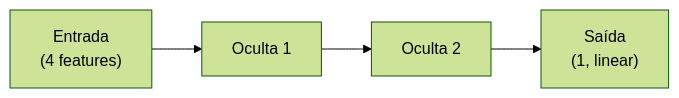
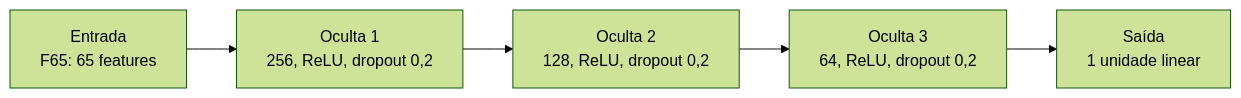
One commit to TheoRibeiroFranca/redes_neurais_deep_learning_Theo changed the diagram in docs/projects/regression/index.md. Above: the diagram before and after it, drawn with Mermaid (forest theme). The commit also changed other lines of this file, not shown here.

````diff
--- a/docs/projects/regression/index.md
+++ b/docs/projects/regression/index.md
@@ -73,6 +178,7 @@
 ``` mermaid
 flowchart LR
-    x["Entrada<br/>(4 features)"] --> h1["Oculta 1"]
-    h1 --> h2["Oculta 2"]
-    h2 --> out["Saída<br/>(1, linear)"]
+    x["Entrada<br/>F65: 65 features"] --> h1["Oculta 1<br/>256, ReLU, dropout 0,2"]
+    h1 --> h2["Oculta 2<br/>128, ReLU, dropout 0,2"]
+    h2 --> h3["Oculta 3<br/>64, ReLU, dropout 0,2"]
+    h3 --> out["Saída<br/>1 unidade linear"]
 ```
````
